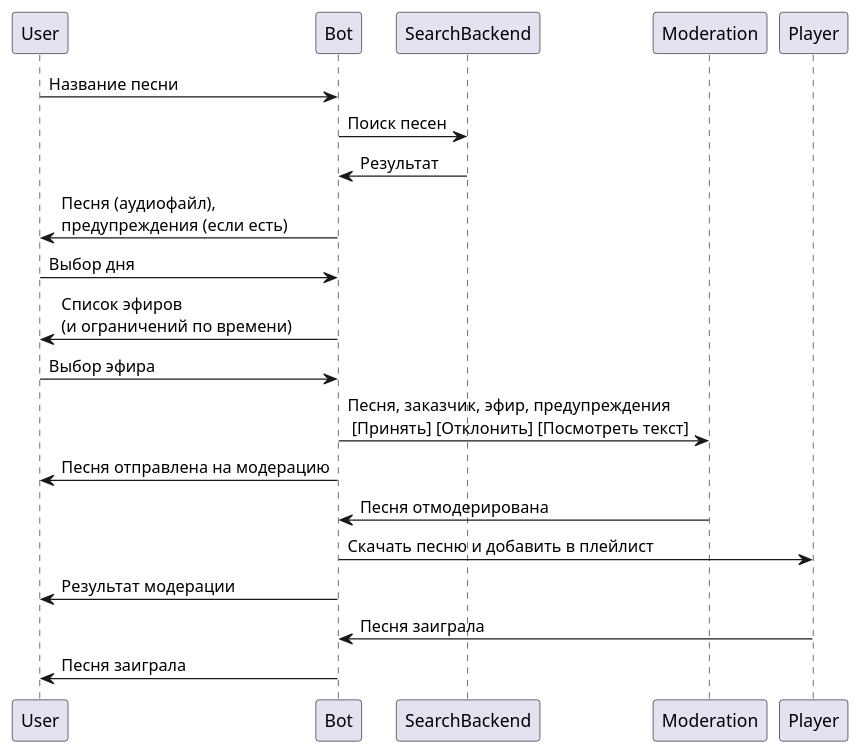
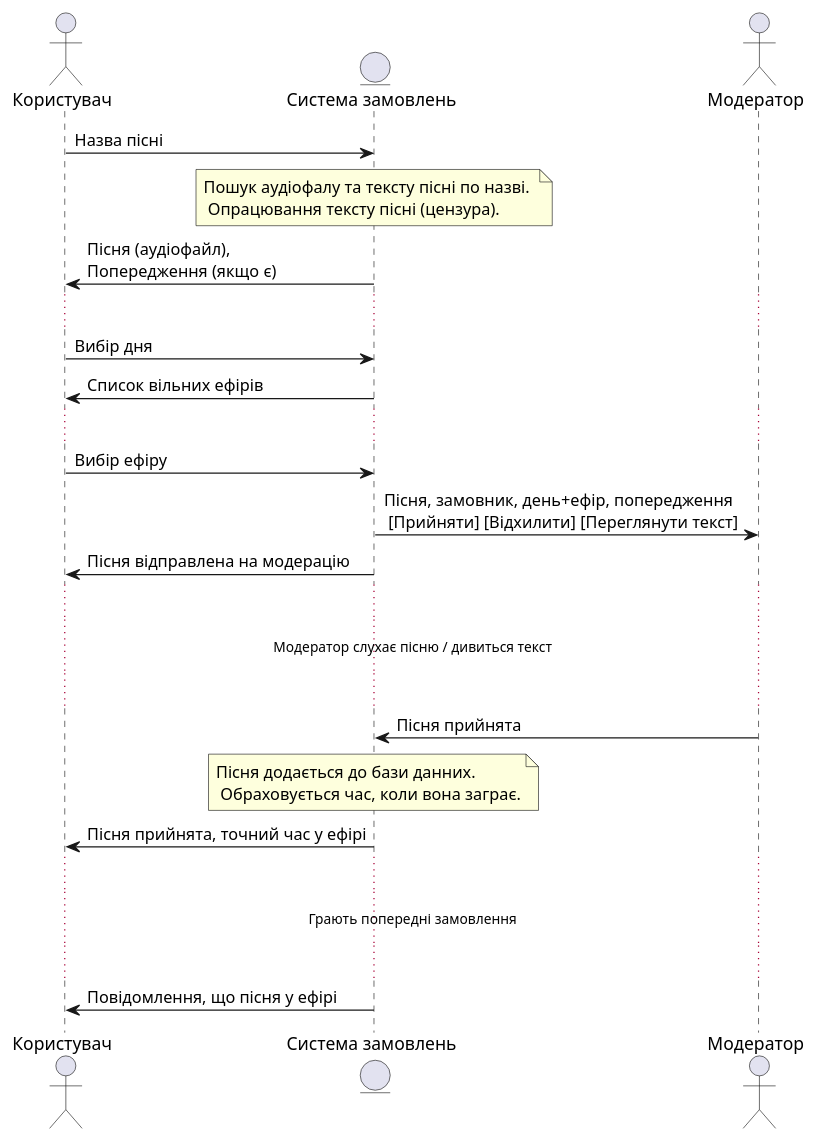
One commit to SvineruS/kpi_radio_bot changed the diagram in doc/user_order.puml. Above: the diagram before and after it, drawn with PlantUML. The commit also changed 7 other files, not shown here.

```diff
--- a/doc/user_order.puml
+++ b/doc/user_order.puml
@@ -1,31 +1,38 @@
 @startuml
+actor Користувач order 1
+actor Модератор order 3
+entity "Система замовлень" as Бот order 2
 
-User -> Bot: Название песни
+Користувач -> Бот: Назва пісні
+note over Бот: Пошук аудіофалу та тексту пісні по назві. \n Опрацювання тексту пісні (цензура).
+Користувач <- Бот: Пісня (аудіофайл), \nПопередження (якщо є)
 
-Bot -> SearchBackend: Поиск песен
-Bot <- SearchBackend: Результат
+...
 
-'Bot -> Google: Поиск по названию песни
-'Bot <- Google: Результат
-'
-'Bot -> Genius: Поиск по названию песни
-'Bot <- Genius: Результат (текст песни)
+Користувач -> Бот : Вибір дня
+Користувач <- Бот : Список вільних ефірів
 
-User <- Bot: Песня (аудиофайл), \nпредупреждения (если есть)
+...
 
-User -> Bot : Выбор дня
-User <- Bot : Список эфиров \n(и ограничений по времени)
+Користувач -> Бот : Вибір ефіру
+Бот -> Модератор : Пісня, замовник, день+ефір, попередження \n [Прийняти] [Відхилити] [Переглянути текст]
+Користувач <- Бот : Пісня відправлена на модерацію
 
-User -> Bot : Выбор эфира
-Bot -> Moderation : Песня, заказчик, эфир, предупреждения \n [Принять] [Отклонить] [Посмотреть текст]
-User <- Bot : Песня отправлена на модерацию
+...
+... Модератор слухає пісню / дивиться текст ...
+...
+
+Модератор -> Бот : Пісня прийнята
+note over Бот: Пісня додається до бази данних. \n Обраховується час, коли вона заграє.
 
 
-Moderation -> Bot : Песня отмодерирована
-Bot -> Player : Скачать песню и добавить в плейлист
-Bot -> User : Результат модерации
+Бот -> Користувач : Пісня прийнята, точний час у ефірі
 
-Player -> Bot : Песня заиграла
-Bot -> User : Песня заиграла
+...
+... Грають попередні замовлення ...
+...
+
+
+Бот -> Користувач : Повідомлення, що пісня у ефірі
 
 @enduml
```
